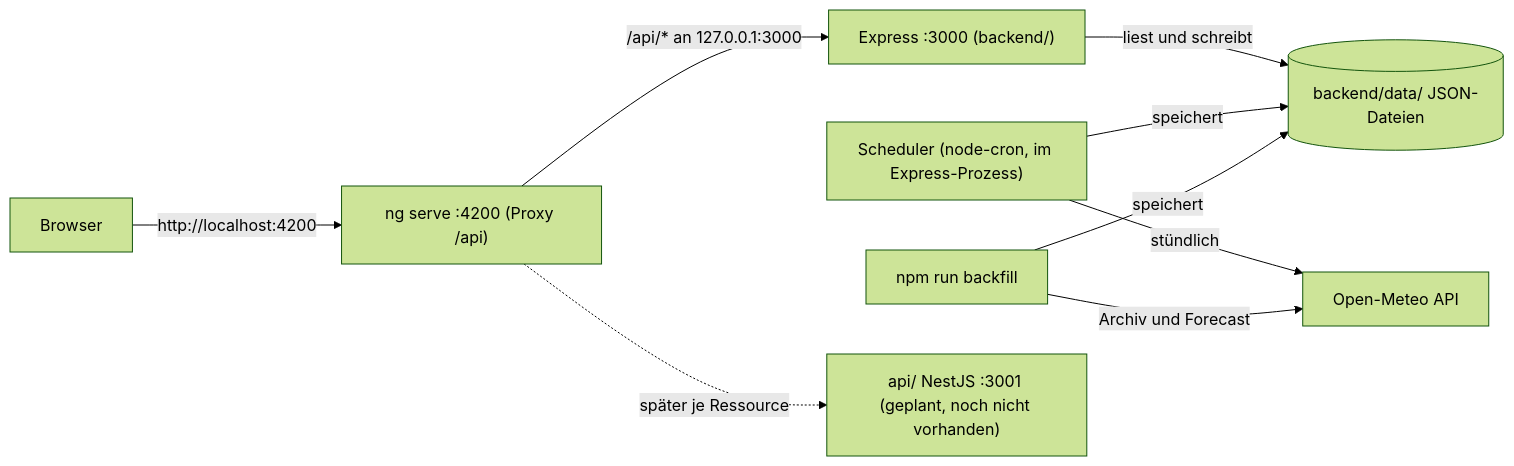
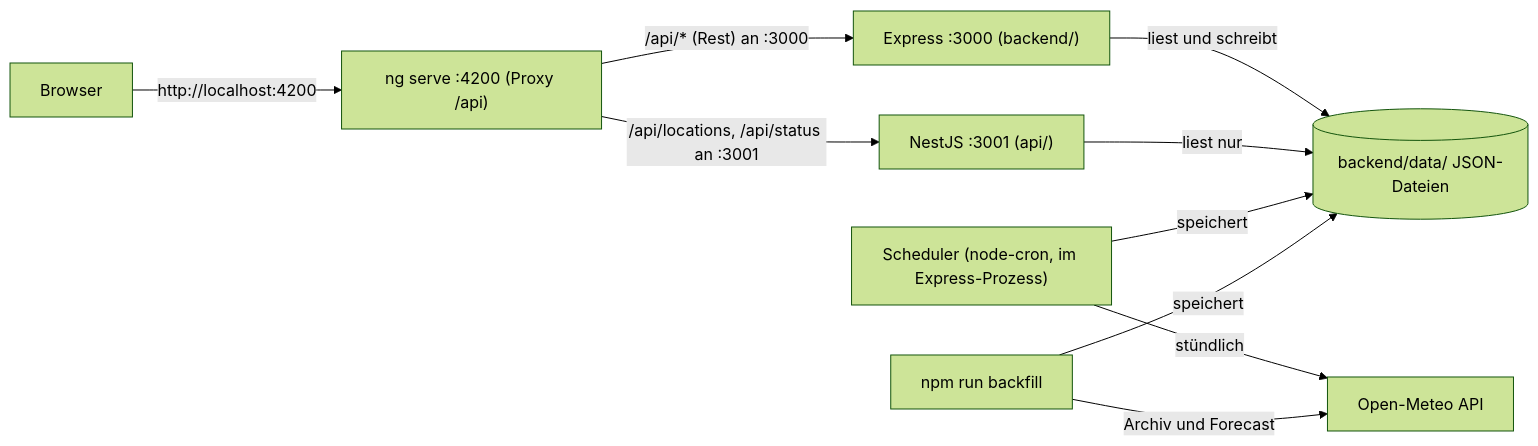
One commit to skyjanni278-netizen/Wetter-Dashboard changed the diagram in docs/PROJEKTDOKU.md. Above: the diagram before and after it, drawn with Mermaid (forest theme). The commit also changed other lines of this file and 35 other files, not shown here.

First line of the commit message:
feat: NestJS-Projekt api/ mit ersten GET-Endpunkten, Footer aus /api/status (Schritt 2)

````diff
--- a/docs/PROJEKTDOKU.md
+++ b/docs/PROJEKTDOKU.md
@@ -13,12 +15,12 @@
 ```mermaid
 flowchart LR
   Browser["Browser"] -->|"http://localhost:4200"| NgServe["ng serve :4200 (Proxy /api)"]
-  NgServe -->|"/api/* an 127.0.0.1:3000"| Express["Express :3000 (backend/)"]
+  NgServe -->|"/api/* (Rest) an :3000"| Express["Express :3000 (backend/)"]
+  NgServe -->|"/api/locations, /api/status an :3001"| Nest["NestJS :3001 (api/)"]
   Express -->|"liest und schreibt"| Json[("backend/data/ JSON-Dateien")]
+  Nest -->|"liest nur"| Json
   Scheduler["Scheduler (node-cron, im Express-Prozess)"] -->|"stündlich"| OpenMeteo["Open-Meteo API"]
   Scheduler -->|"speichert"| Json
   Backfill["npm run backfill"] -->|"Archiv und Forecast"| OpenMeteo
   Backfill -->|"speichert"| Json
-  Nest["api/ NestJS :3001 (geplant, noch nicht vorhanden)"]
-  NgServe -.->|"später je Ressource"| Nest
 ```
````
